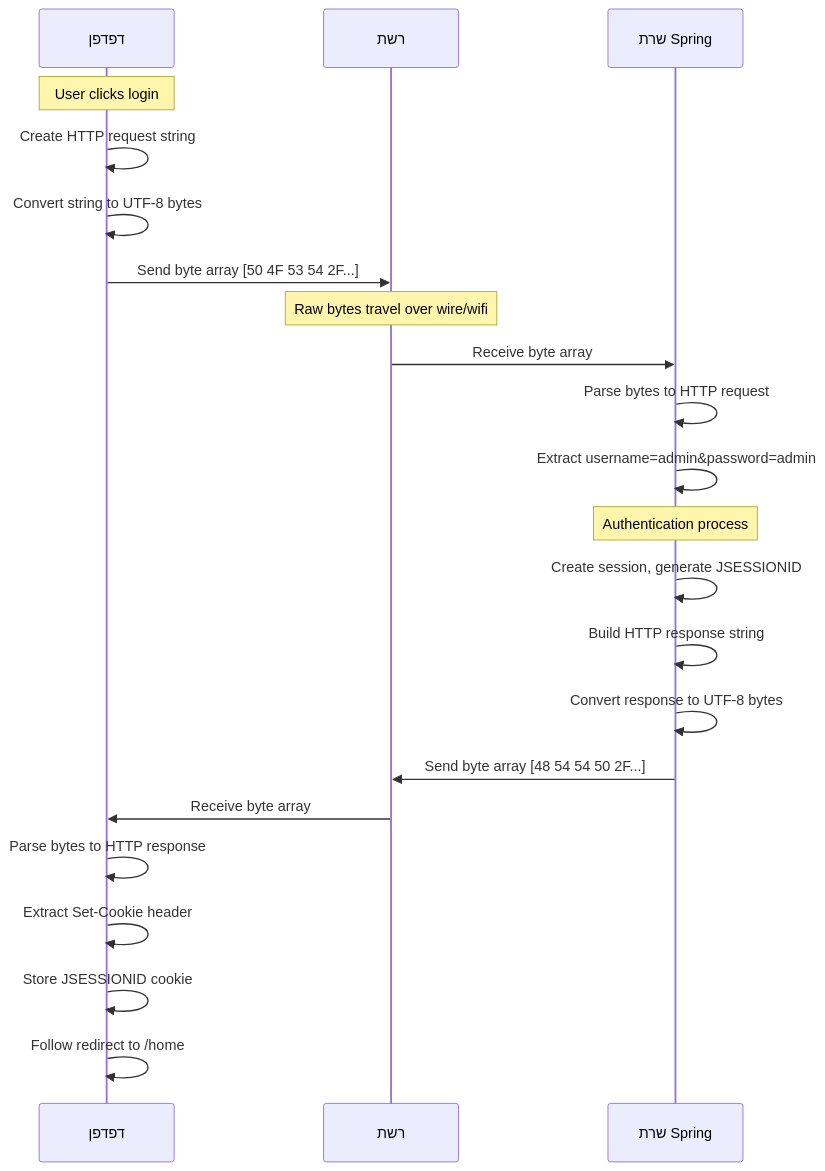
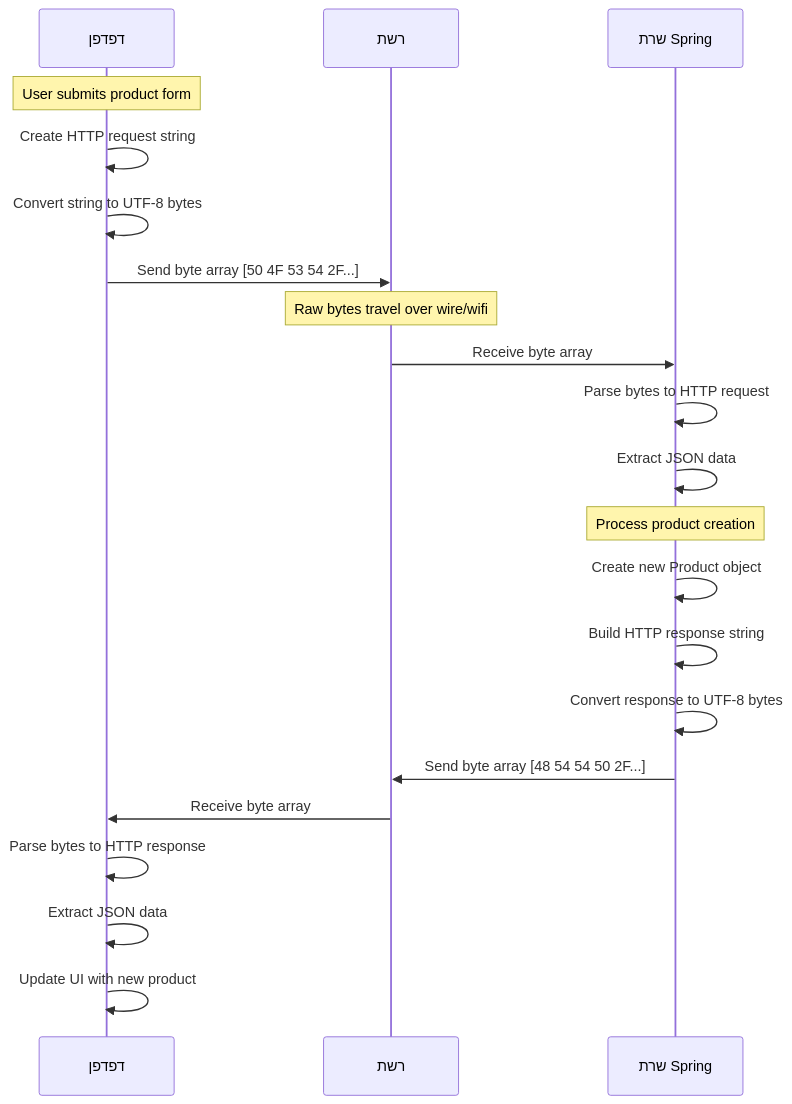
Before and after one commit to EliGuriel/Course_Meeting5: the seventh of 21 diagrams in מדריך מקיף - תקשורת רשת, HTTP ו-JSON.md, drawn with Mermaid. The commit also changed other lines of this file and 3 other files, not shown here.

````diff
--- a/מדריך מקיף - תקשורת רשת, HTTP ו-JSON.md
+++ b/מדריך מקיף - תקשורת רשת, HTTP ו-JSON.md
@@ -461,30 +545,29 @@
 ```mermaid
 sequenceDiagram
     participant Browser as דפדפן
     participant Network as רשת
     participant Server as שרת Spring
     
-    Note over Browser: User clicks login
+    Note over Browser: User submits product form
     Browser->>Browser: Create HTTP request string
     Browser->>Browser: Convert string to UTF-8 bytes
     
     Browser->>Network: Send byte array [50 4F 53 54 2F...]
     Note over Network: Raw bytes travel over wire/wifi
     
     Network->>Server: Receive byte array
     Server->>Server: Parse bytes to HTTP request
-    Server->>Server: Extract username=admin&password=admin
+    Server->>Server: Extract JSON data
     
-    Note over Server: Authentication process
-    Server->>Server: Create session, generate JSESSIONID
+    Note over Server: Process product creation
+    Server->>Server: Create new Product object
     Server->>Server: Build HTTP response string
     Server->>Server: Convert response to UTF-8 bytes
     
     Server->>Network: Send byte array [48 54 54 50 2F...]
     Network->>Browser: Receive byte array
     
     Browser->>Browser: Parse bytes to HTTP response
-    Browser->>Browser: Extract Set-Cookie header
-    Browser->>Browser: Store JSESSIONID cookie
-    Browser->>Browser: Follow redirect to /home
+    Browser->>Browser: Extract JSON data
+    Browser->>Browser: Update UI with new product
 ```
````
